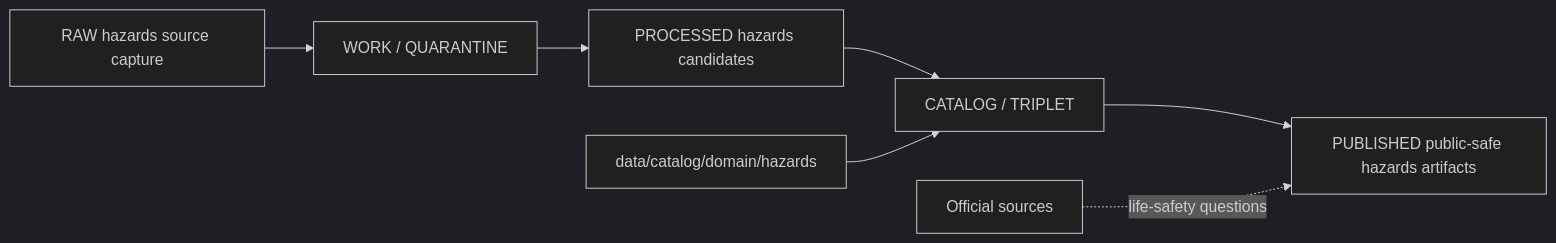
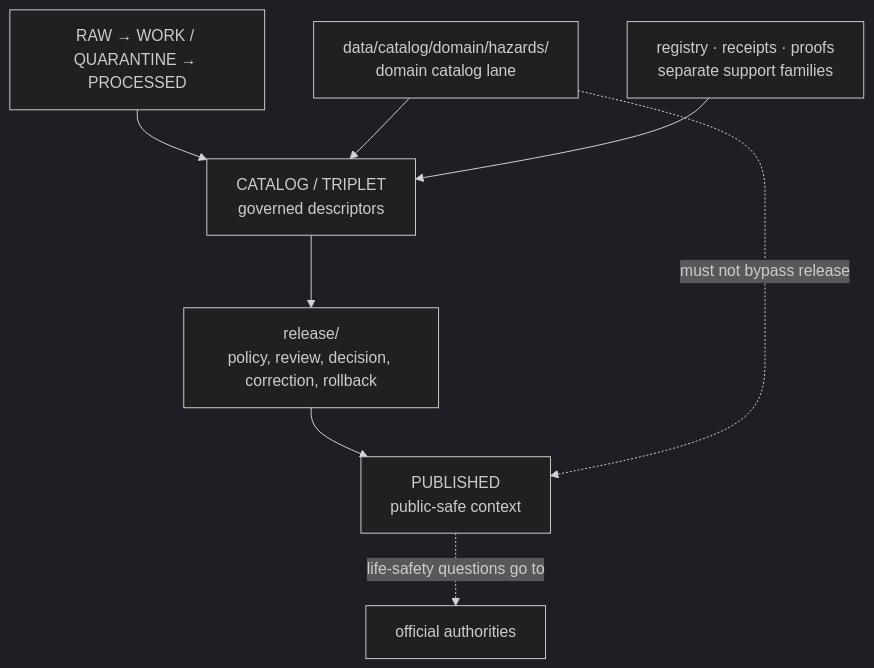
The diagram in data/catalog/domain/hazards/README.md (bartytime4life/Kansas-Frontier-Matrix), drawn with Mermaid (dark theme) before and after one commit. The commit also changed other lines of this file, not shown here.

Commit message:
docs(hazards): modernize domain catalog README

````diff
--- a/data/catalog/domain/hazards/README.md
+++ b/data/catalog/domain/hazards/README.md
@@ -68,9 +302,10 @@
 ```mermaid
-flowchart LR
-  RAW[RAW hazards source capture] --> WORK[WORK / QUARANTINE]
-  WORK --> PROCESSED[PROCESSED hazards candidates]
-  PROCESSED --> CATALOG[CATALOG / TRIPLET]
-  CATALOG --> PUBLISHED[PUBLISHED public-safe hazards artifacts]
-  OFFICIAL[Official sources] -. life-safety questions .-> PUBLISHED
-  DOMAIN[data/catalog/domain/hazards] --> CATALOG
+flowchart TD
+    PRE["RAW → WORK / QUARANTINE → PROCESSED"] --> CATALOG["CATALOG / TRIPLET<br/>governed descriptors"]
+    DOMAIN["data/catalog/domain/hazards/<br/>domain catalog lane"] --> CATALOG
+    SUPPORT["registry · receipts · proofs<br/>separate support families"] --> CATALOG
+    CATALOG --> RELEASE["release/<br/>policy, review, decision, correction, rollback"]
+    RELEASE --> PUBLIC["PUBLISHED<br/>public-safe context"]
+    DOMAIN -. "must not bypass release" .-> PUBLIC
+    PUBLIC -. "life-safety questions go to" .-> OFFICIAL["official authorities"]
 ```
````
